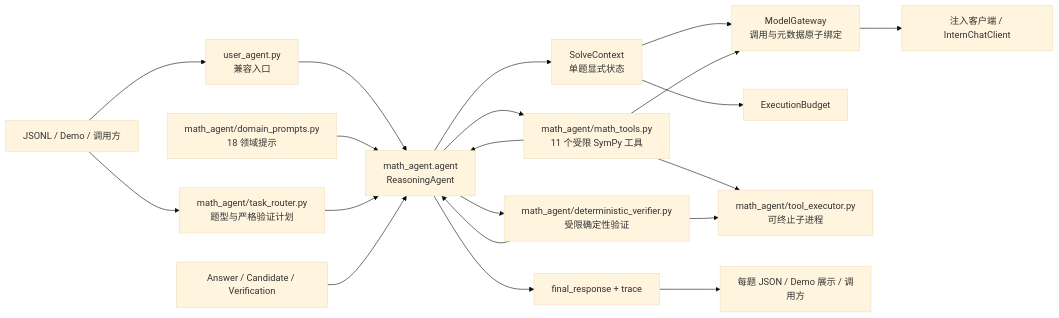
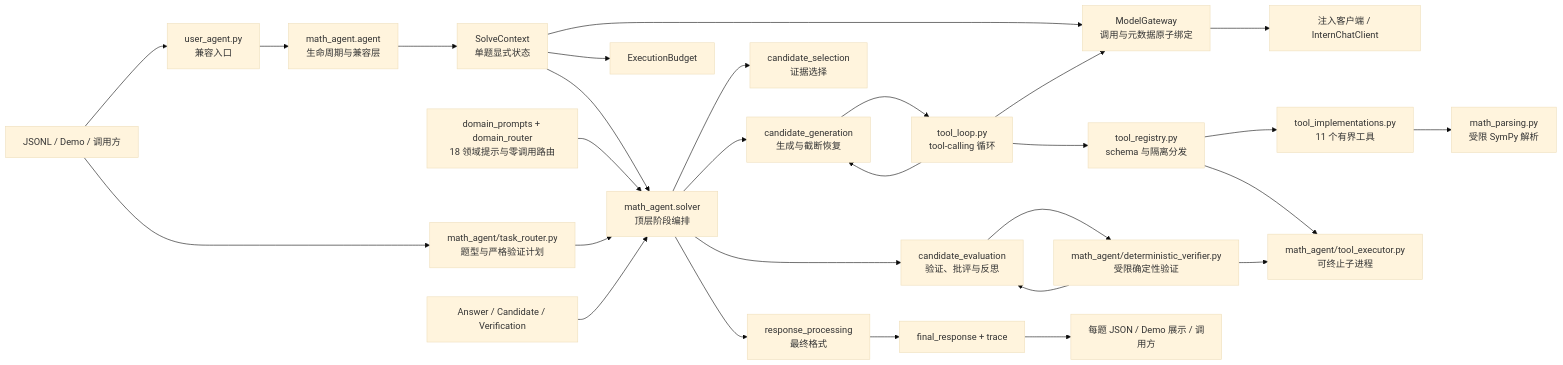
Before and after one commit to huangchen725/math_agent: the diagram in ARCHITECTURE.md, drawn with Mermaid (base theme). The commit also changed other lines of this file and 57 other files, not shown here.

````diff
--- a/ARCHITECTURE.md
+++ b/ARCHITECTURE.md
@@ -29,22 +29,30 @@
 ```mermaid
 flowchart LR
     I[JSONL / Demo / 调用方] --> F[user_agent.py<br/>兼容入口]
-    F --> A[math_agent.agent<br/>ReasoningAgent]
+    F --> A[math_agent.agent<br/>生命周期与兼容层]
     A --> X[SolveContext<br/>单题显式状态]
+    X --> S[math_agent.solver<br/>顶层阶段编排]
+    S --> N[candidate_generation<br/>生成与截断恢复]
+    S --> V[candidate_evaluation<br/>验证、批评与反思]
+    S --> L[candidate_selection<br/>证据选择]
+    S --> O[response_processing<br/>最终格式]
     X --> G[ModelGateway<br/>调用与元数据原子绑定]
     G --> C[注入客户端 / InternChatClient]
-    D[math_agent/domain_prompts.py<br/>18 领域提示] --> A
+    D[domain_prompts + domain_router<br/>18 领域提示与零调用路由] --> S
     I --> Q[math_agent/task_router.py<br/>题型与严格验证计划]
-    Q --> A
+    Q --> S
     X --> B[ExecutionBudget]
-    A --> T[math_agent/math_tools.py<br/>11 个受限 SymPy 工具]
-    T --> G
-    T --> P[math_agent/tool_executor.py<br/>可终止子进程]
-    T --> A
-    A --> V[math_agent/deterministic_verifier.py<br/>受限确定性验证]
-    V --> P
-    V --> A
-    E[Answer / Candidate / Verification] --> A
-    A --> R[final_response + trace]
-    R --> O[每题 JSON / Demo 展示 / 调用方]
+    N --> TL[tool_loop.py<br/>tool-calling 循环]
+    TL --> G
+    TL --> TR[tool_registry.py<br/>schema 与隔离分发]
+    TR --> TI[tool_implementations.py<br/>11 个有界工具]
+    TI --> MP[math_parsing.py<br/>受限 SymPy 解析]
+    TR --> P[math_agent/tool_executor.py<br/>可终止子进程]
+    TL --> N
+    V --> DV[math_agent/deterministic_verifier.py<br/>受限确定性验证]
+    DV --> P
+    DV --> V
+    E[Answer / Candidate / Verification] --> S
+    O --> R[final_response + trace]
+    R --> OUT[每题 JSON / Demo 展示 / 调用方]
 ```
````
